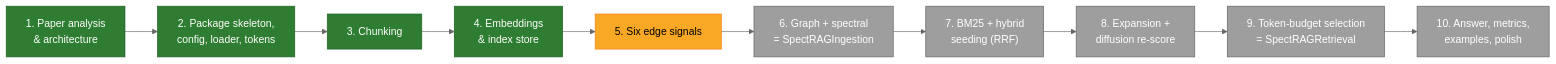
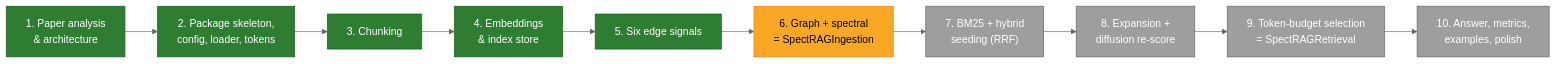
One commit to aion7891/Spect-RAG changed the fifth of 9 diagrams in README.md. Above: the diagram before and after it, drawn with Mermaid (neutral theme). The commit also changed other lines of this file and 12 other files, not shown here.

Commit message:
feat: Phase 5 – six edge signals (semantic, adjacency, section, entity, utility, citation)

````diff
--- a/README.md
+++ b/README.md
@@ -415,15 +431,15 @@
 ```mermaid
 flowchart LR
     P1["1. Paper analysis<br/>& architecture"]:::done --> P2["2. Package skeleton,<br/>config, loader, tokens"]:::done
     P2 --> P3["3. Chunking"]:::done
     P3 --> P4["4. Embeddings<br/>& index store"]:::done
-    P4 --> P5["5. Six edge signals"]:::doing
-    P5 --> P6["6. Graph + spectral<br/>= SpectRAGIngestion"]:::todo
+    P4 --> P5["5. Six edge signals"]:::done
+    P5 --> P6["6. Graph + spectral<br/>= SpectRAGIngestion"]:::doing
     P6 --> P7["7. BM25 + hybrid<br/>seeding (RRF)"]:::todo
     P7 --> P8["8. Expansion +<br/>diffusion re-score"]:::todo
     P8 --> P9["9. Token-budget selection<br/>= SpectRAGRetrieval"]:::todo
     P9 --> P10["10. Answer, metrics,<br/>examples, polish"]:::todo
     classDef done fill:#2e7d32,color:#fff,stroke:#1b5e20
     classDef doing fill:#f9a825,color:#000,stroke:#f57f17
     classDef todo fill:#9e9e9e,color:#fff,stroke:#616161
 ```
````
